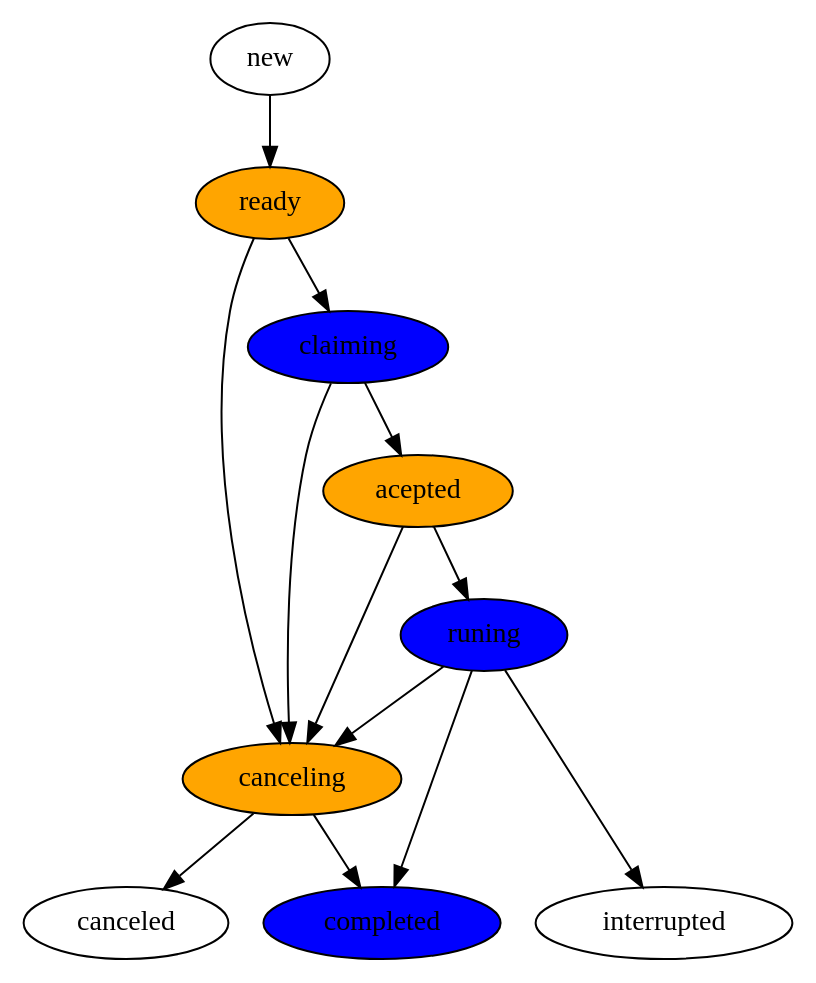
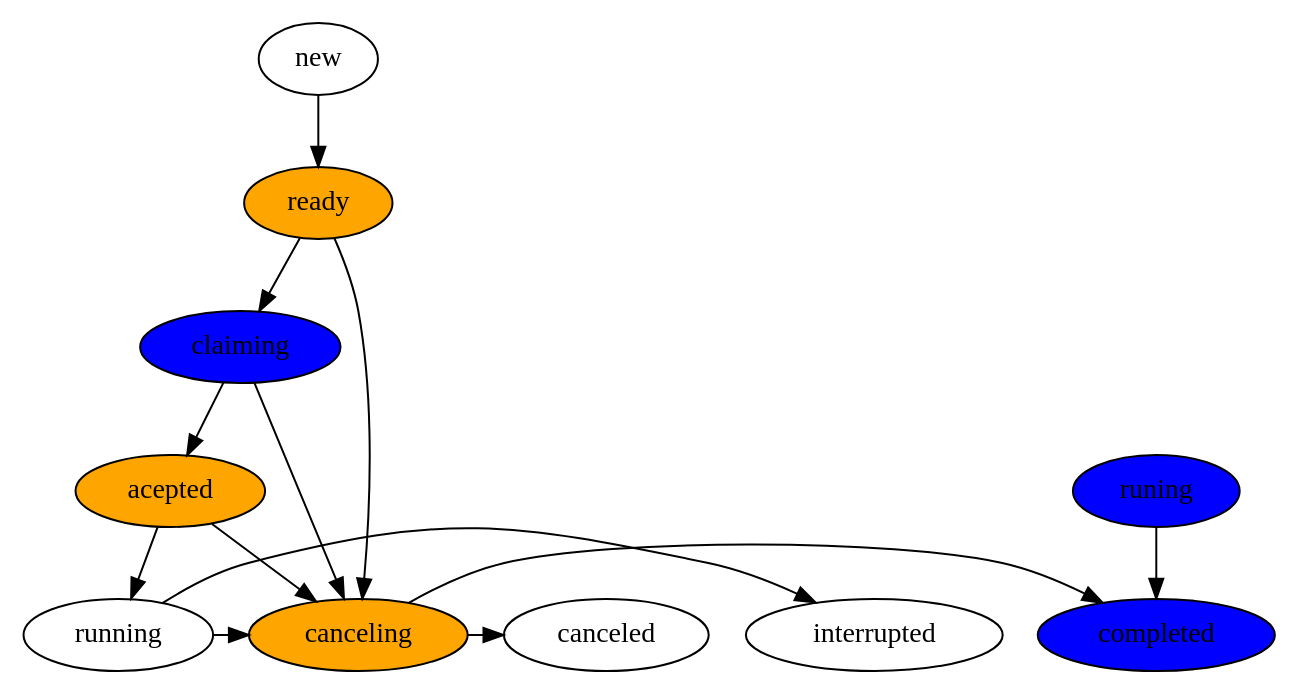
Before and after one commit to RonnyPfannschmidt-Attic/thesis-writing: the diagram in imageinput/lebenszyklus-arbeitspaket.dot, drawn with Graphviz.

Commit message:
fix lebenzyklus arbeitspacket.dot

```diff
--- a/imageinput/lebenszyklus-arbeitspaket.dot
+++ b/imageinput/lebenszyklus-arbeitspaket.dot
@@ -1,26 +1,28 @@
 digraph arbeitspacket {
     new -> ready;
     runing -> completed;
     ready-> canceling;
     claiming -> canceling; 
     acepted -> canceling;
-    runing -> canceling;
+    ready -> claiming -> acepted -> running;
+    running -> canceling;
 
     subgraph final {
         rank="same";
-        canceled;completed;interrupted;
+        canceled;
+        completed;
+        interrupted;
+        canceling -> canceled;
+        canceling -> completed;
+        running -> interrupted;
     }
 
-    canceling -> canceled;
-    canceling -> completed;
-    ready -> claiming -> acepted -> runing;
-    runing -> interrupted;
 
 
     canceling [style=filled,fillcolor=orange];
     ready [style=filled,fillcolor=orange];
     claiming [style=filled,fillcolor=blue];
     acepted [style=filled,fillcolor=orange];
     runing [style=filled,fillcolor=blue];
     completed [style=filled,fillcolor=blue];
 }
```
